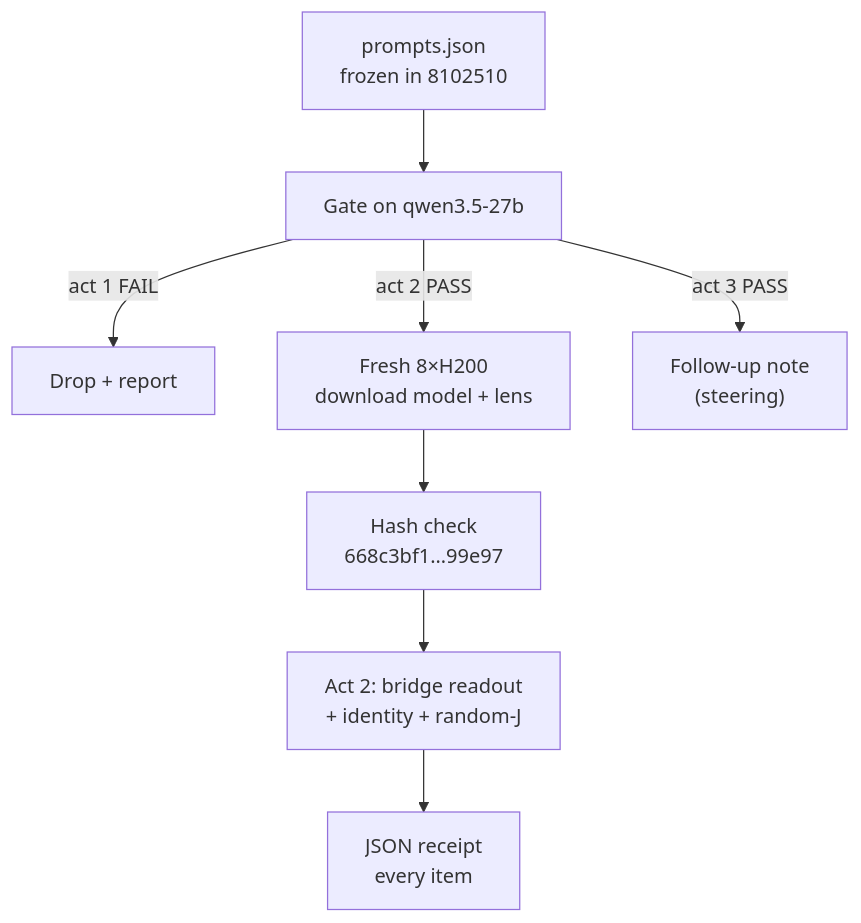
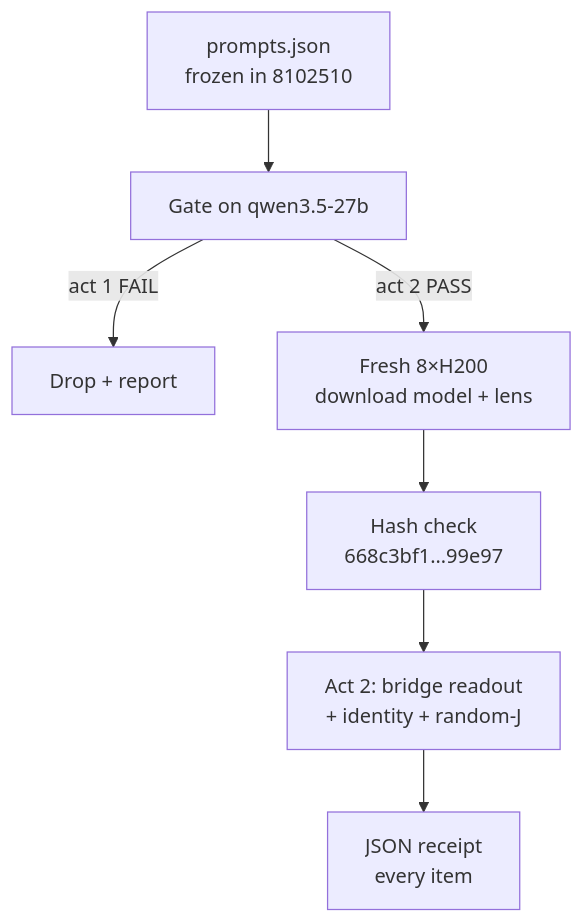
One commit to praxagent/jacobian-lens-research-202607a changed the third of 3 diagrams in blog/lens-demo/index.md. Above: the diagram before and after it, drawn with Mermaid. The commit also changed other lines of this file, not shown here.

```diff
--- a/blog/lens-demo/index.md
+++ b/blog/lens-demo/index.md
@@ -181,10 +203,9 @@
 {{< mermaid >}}
 flowchart TB
   P["prompts.json<br/>frozen in 8102510"] --> G["Gate on qwen3.5-27b"]
   G -->|"act 1 FAIL"| D["Drop + report"]
   G -->|"act 2 PASS"| R["Fresh 8×H200<br/>download model + lens"]
-  G -->|"act 3 PASS"| F["Follow-up note<br/>(steering)"]
   R --> H["Hash check<br/>668c3bf1…99e97"]
   H --> A2["Act 2: bridge readout<br/>+ identity + random-J"]
   A2 --> J["JSON receipt<br/>every item"]
 {{< /mermaid >}}
```
